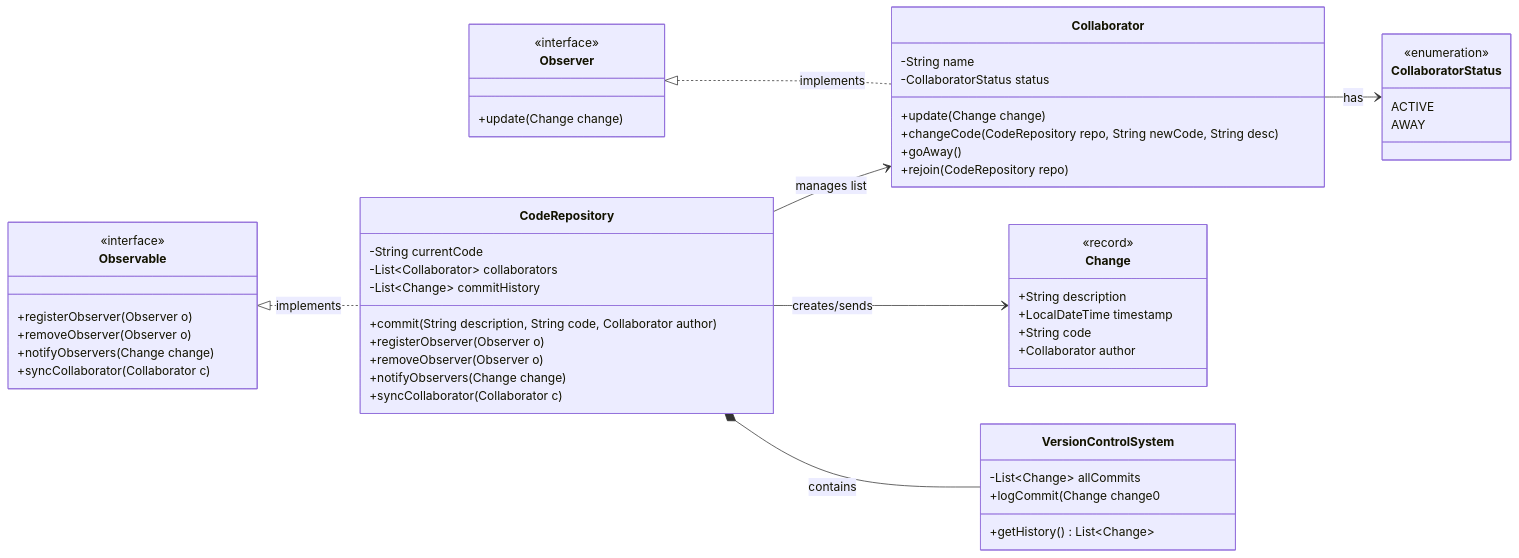
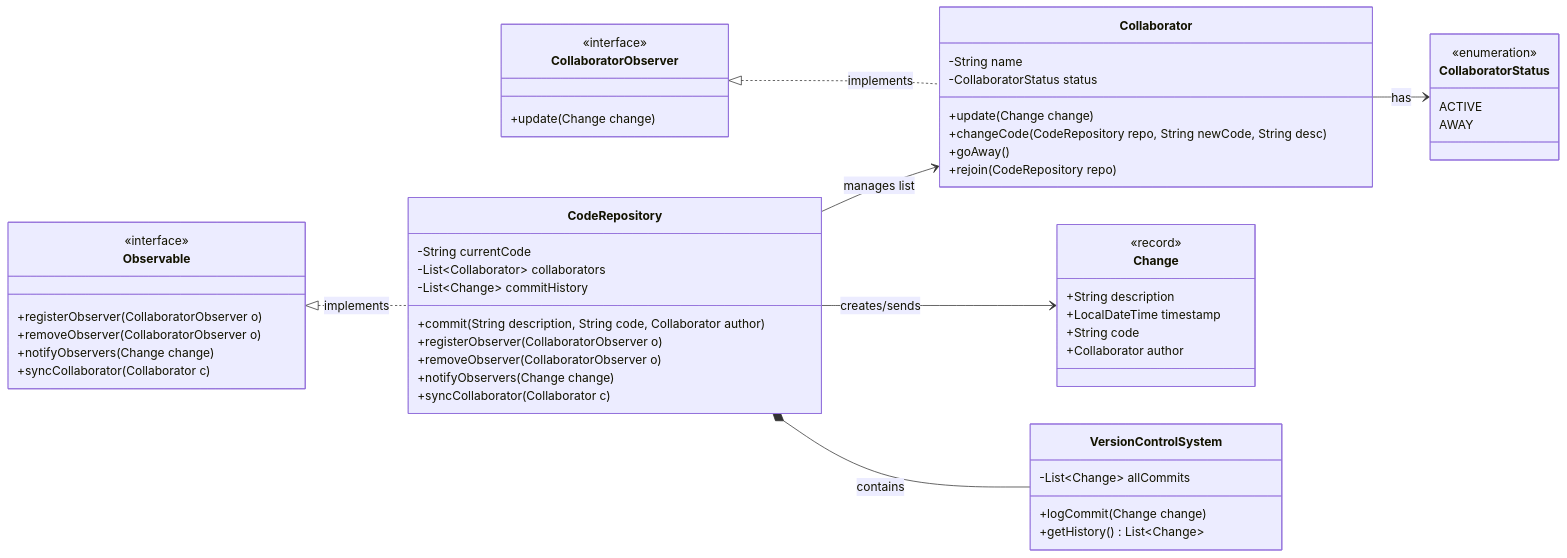
Before and after one commit to epuljiz/NOOP-VJEZBA-B: the diagram in README.md, drawn with Mermaid.

Commit message:
fix(docs): UML diagram fixed to use concrete names for classes in methods

````diff
--- a/README.md
+++ b/README.md
@@ -1,64 +1,64 @@
 ```mermaid
 classDiagram
     direction LR
 
     class Observable {
         <<interface>>
-        +registerObserver(Observer o)
-        +removeObserver(Observer o)
+        +registerObserver(CollaboratorObserver o)
+        +removeObserver(CollaboratorObserver o)
         +notifyObservers(Change change)
         +syncCollaborator(Collaborator c)
     }
 
-    class Observer {
+    class CollaboratorObserver {
         <<interface>>
         +update(Change change)
     }
 
     class CodeRepository {
         -String currentCode
         -List~Collaborator~ collaborators
         -List~Change~ commitHistory
         +commit(String description, String code, Collaborator author)
-        +registerObserver(Observer o)
-        +removeObserver(Observer o)
+        +registerObserver(CollaboratorObserver o)
+        +removeObserver(CollaboratorObserver o)
         +notifyObservers(Change change)
         +syncCollaborator(Collaborator c)
     }
 
     class Collaborator {
         -String name
         -CollaboratorStatus status
         +update(Change change)
         +changeCode(CodeRepository repo, String newCode, String desc)
         +goAway()
         +rejoin(CodeRepository repo)
     }
 
     class Change {
         <<record>>
         +String description
         +LocalDateTime timestamp
         +String code
         +Collaborator author
     }
 
     class VersionControlSystem {
         -List~Change~ allCommits
-        +logCommit(Change change0
+        +logCommit(Change change)
         +getHistory() List~Change~
     }
 
     class CollaboratorStatus {
         <<enumeration>>
         ACTIVE
         AWAY
     }
 
     Observable <|.. CodeRepository : implements
-    Observer <|.. Collaborator : implements
+    CollaboratorObserver <|.. Collaborator : implements
     CodeRepository --> Collaborator : manages list
     CodeRepository --> Change : creates/sends
     CodeRepository *-- VersionControlSystem : contains
     Collaborator --> CollaboratorStatus : has
 ```
````
